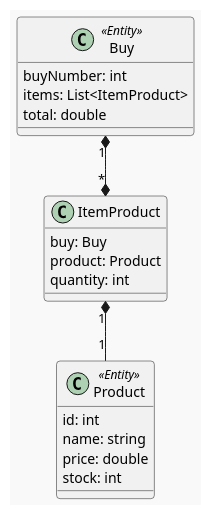
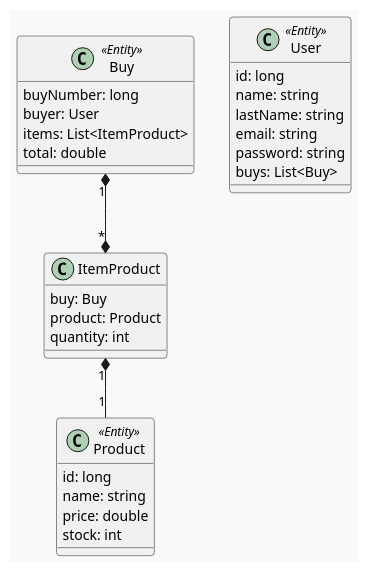
Before and after one commit to tomasdaureli/tpo-api-ecommerce-backend: the diagram in doc/class_diagram_ecommerce.puml, drawn with PlantUML. The commit also changed 24 other files, not shown here.

```diff
--- a/doc/class_diagram_ecommerce.puml
+++ b/doc/class_diagram_ecommerce.puml
@@ -1,27 +1,37 @@
 @startuml ecommerce
 
 !theme mars
 
 class Product<<Entity>> {
-    id: int
+    id: long
     name: string
     price: double
     stock: int
 }
 
+class User<<Entity>> {
+    id: long
+    name: string
+    lastName: string
+    email: string
+    password: string
+    buys: List<Buy>
+}
+
 class Buy<<Entity>> {
-    buyNumber: int
+    buyNumber: long
+    buyer: User
     items: List<ItemProduct>
     total: double
 }
 
 class ItemProduct {
     buy: Buy
     product: Product
     quantity: int
 }
 
 Buy "1" *--* "*" ItemProduct
 ItemProduct "1" *-- "1" Product
 
 @enduml
```
